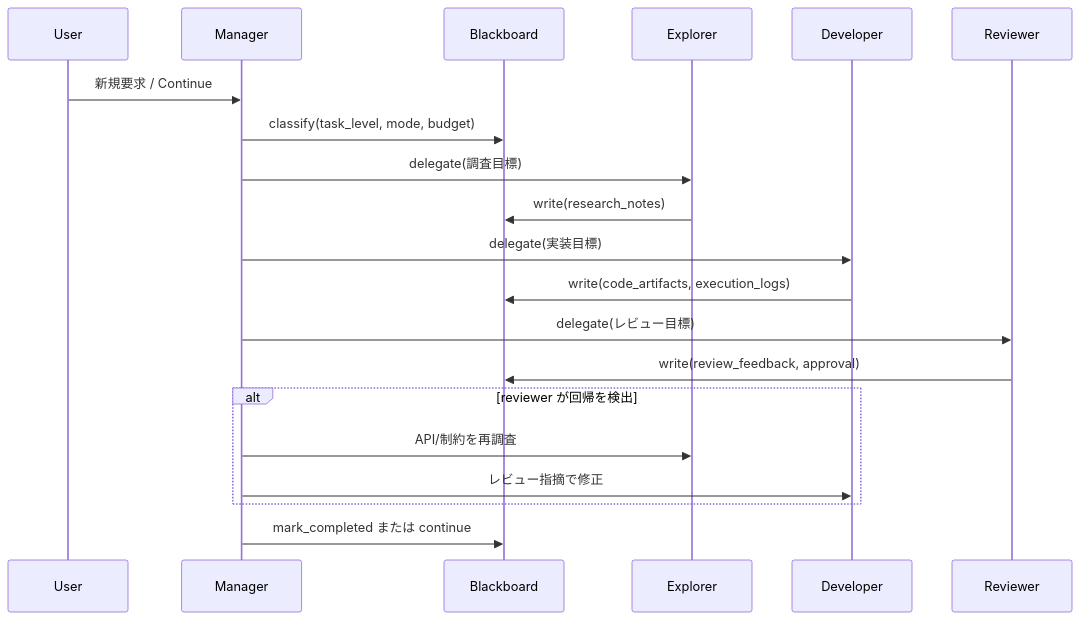
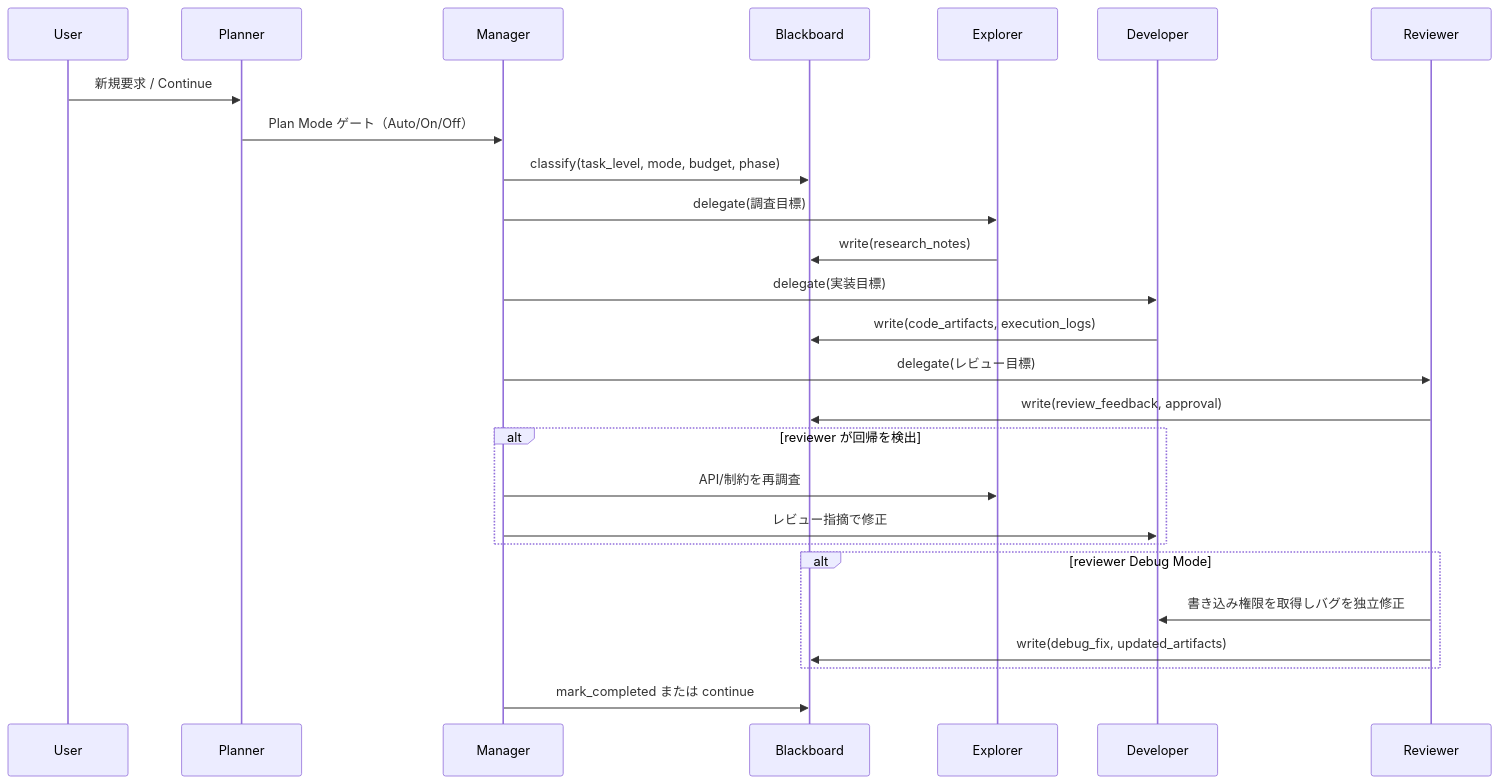
One commit to FonaTech/Clouds-Coder changed the fifth of 7 diagrams in README-ja.md. Above: the diagram before and after it, drawn with Mermaid. The commit also changed other lines of this file and 3 other files, not shown here.

````diff
--- a/README-ja.md
+++ b/README-ja.md
@@ -313,23 +346,29 @@
 ```mermaid
 sequenceDiagram
   participant U as User
+  participant P as Planner
   participant M as Manager
   participant B as Blackboard
   participant E as Explorer
   participant D as Developer
   participant R as Reviewer
 
-  U->>M: 新規要求 / Continue
-  M->>B: classify(task_level, mode, budget)
+  U->>P: 新規要求 / Continue
+  P->>M: Plan Mode ゲート（Auto/On/Off）
+  M->>B: classify(task_level, mode, budget, phase)
   M->>E: delegate(調査目標)
   E->>B: write(research_notes)
   M->>D: delegate(実装目標)
   D->>B: write(code_artifacts, execution_logs)
   M->>R: delegate(レビュー目標)
   R->>B: write(review_feedback, approval)
   alt reviewer が回帰を検出
     M->>E: API/制約を再調査
     M->>D: レビュー指摘で修正
   end
+  alt reviewer Debug Mode
+    R->>D: 書き込み権限を取得しバグを独立修正
+    R->>B: write(debug_fix, updated_artifacts)
+  end
   M->>B: mark_completed または continue
 ```
````
